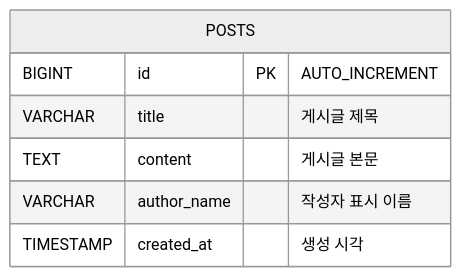
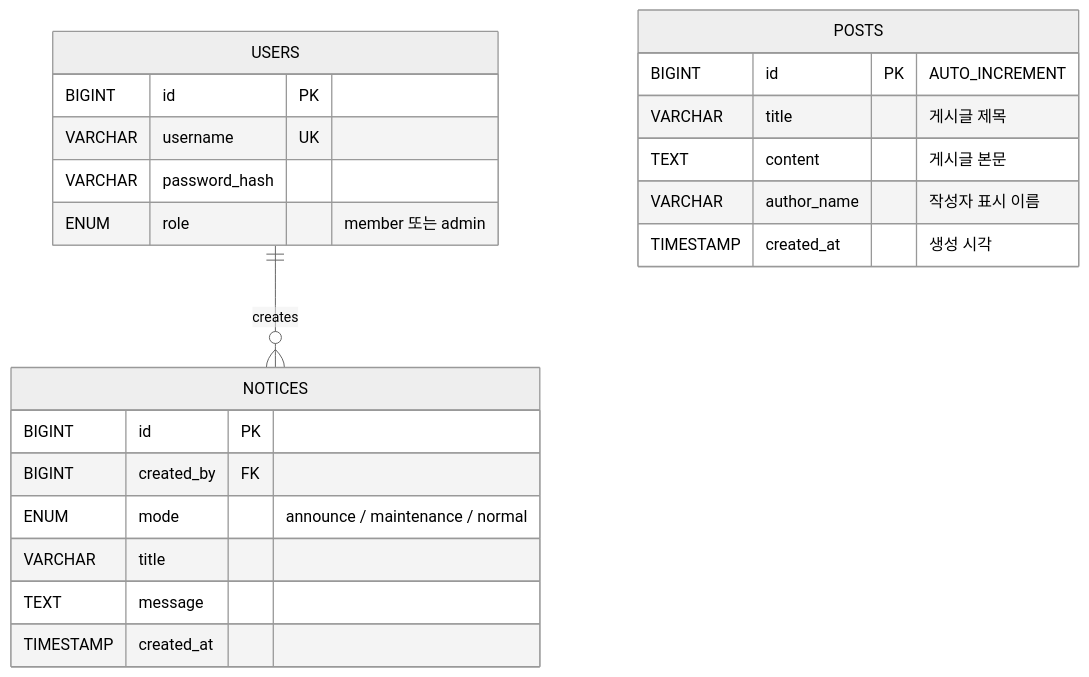
One commit to jangh-lee/cloud-infrastructure-lecture-example changed the diagram in 402-cloud db migration/README.md. Above: the diagram before and after it, drawn with Mermaid (neutral theme). The commit also changed other lines of this file and 20 other files, not shown here.

Commit message:
Add member accounts and admin-managed maintenance notices

````diff
--- a/402-cloud db migration/README.md
+++ b/402-cloud db migration/README.md
@@ -152,10 +154,25 @@
 ```mermaid
 erDiagram
+  USERS ||--o{ NOTICES : creates
+  USERS {
+    BIGINT id PK
+    VARCHAR username UK
+    VARCHAR password_hash
+    ENUM role "member 또는 admin"
+  }
+  NOTICES {
+    BIGINT id PK
+    BIGINT created_by FK
+    ENUM mode "announce / maintenance / normal"
+    VARCHAR title
+    TEXT message
+    TIMESTAMP created_at
+  }
   POSTS {
     BIGINT id PK "AUTO_INCREMENT"
     VARCHAR title "게시글 제목"
     TEXT content "게시글 본문"
     VARCHAR author_name "작성자 표시 이름"
     TIMESTAMP created_at "생성 시각"
   }
 ```
````
